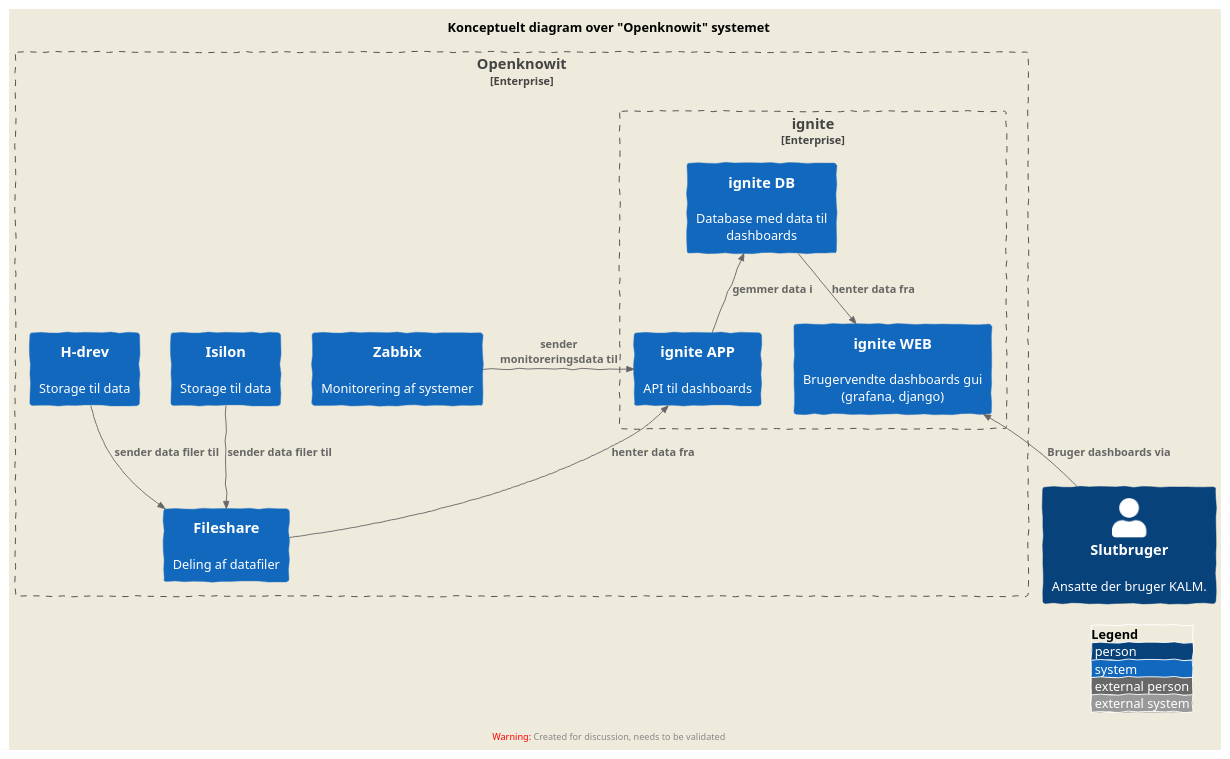
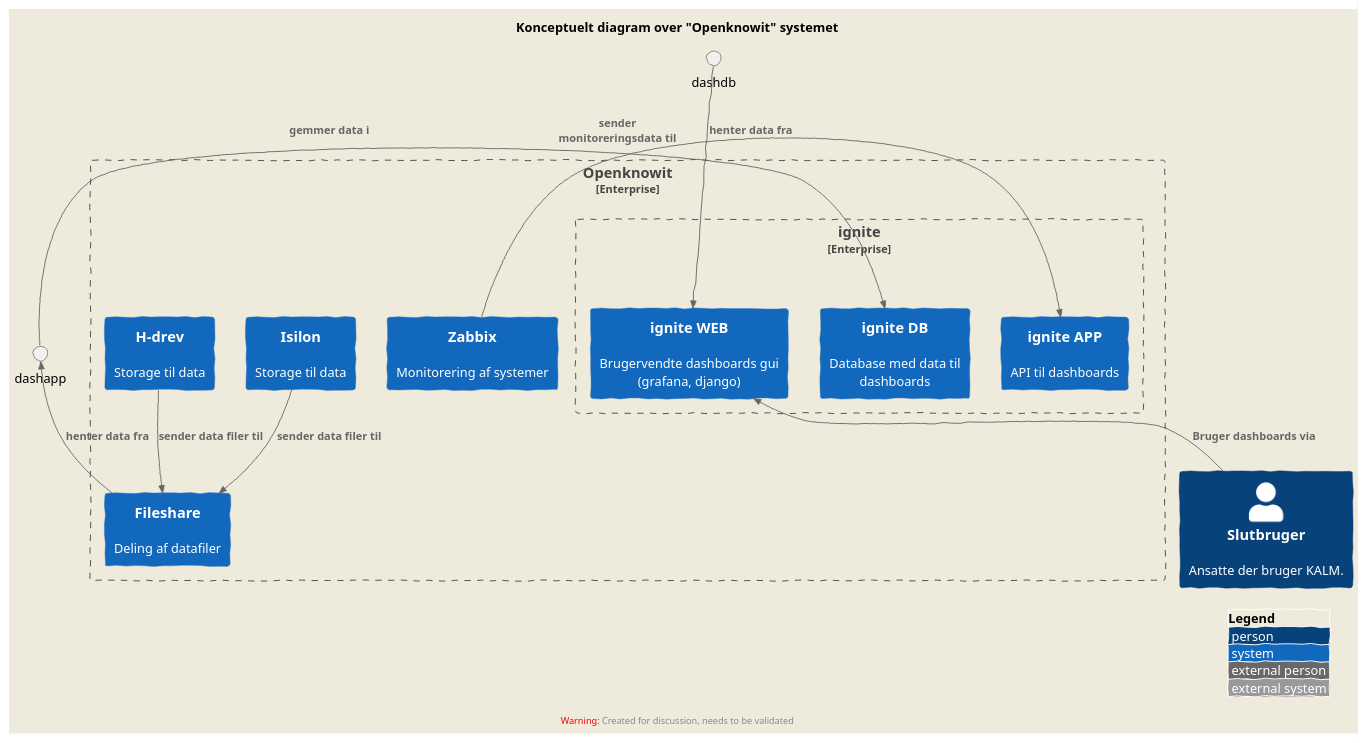
Before and after one commit to JakobHolstDK/infowall: the diagram in diagrams/openknowit.puml, drawn with PlantUML.

```diff
--- a/diagrams/openknowit.puml
+++ b/diagrams/openknowit.puml
@@ -2,38 +2,38 @@
 @startuml
 !include https://raw.githubusercontent.com/plantuml-stdlib/C4-PlantUML/master/C4_Context.puml
 
 ' uncomment the following line and comment the first to use locally
 ' !include C4_Context.puml
 
 LAYOUT_TOP_DOWN()
 LAYOUT_AS_SKETCH()
 LAYOUT_WITH_LEGEND()
 
 
 title  Konceptuelt diagram over "Openknowit" systemet
 
 Person(customer, "Slutbruger", "Ansatte der bruger KALM.")
 Enterprise_Boundary(c0, "Openknowit", "Openknowit systemet") {
 System(isilon, "Isilon", "Storage til data")
 System(Hdrives, "H-drev", "Storage til data")
 System(zabbix, "Zabbix", "Monitorering af systemer")
 System(fileshare, "Fileshare", "Deling af datafiler")
 
 
 
 
 Enterprise_Boundary(c1, "ignite", "ignnitesystemet") {
-    System(dashdb, "ignite DB", "Database med data til dashboards")
-    System(dashweb, "ignite WEB", "Brugervendte dashboards gui (grafana, django)")
-    System(dashapp, "ignite APP", "API til dashboards")
+    System(ignitedb, "ignite DB", "Database med data til dashboards")
+    System(igniteweb, "ignite WEB", "Brugervendte dashboards gui (grafana, django)")
+    System(igniteapp, "ignite APP", "API til dashboards")
 }
 }
-Rel_U(customer, dashweb, "Bruger dashboards via")
+Rel_U(customer, igniteweb, "Bruger dashboards via")
 Rel_D(isilon, fileshare, "sender data filer til")
 Rel_D(Hdrives, fileshare, "sender data filer til")
 Rel_U(fileshare, dashapp, "henter data fra")
-Rel_Neighbor(zabbix, dashapp, "sender monitoreringsdata til")
-Rel_U(dashapp, dashdb, "gemmer data i")
-Rel_D(dashdb, dashweb, "henter data fra")
+Rel_Neighbor(zabbix, igniteapp, "sender monitoreringsdata til")
+Rel_U(dashapp, ignitedb, "gemmer data i")
+Rel_D(dashdb, igniteweb, "henter data fra")
 
 @enduml
```
